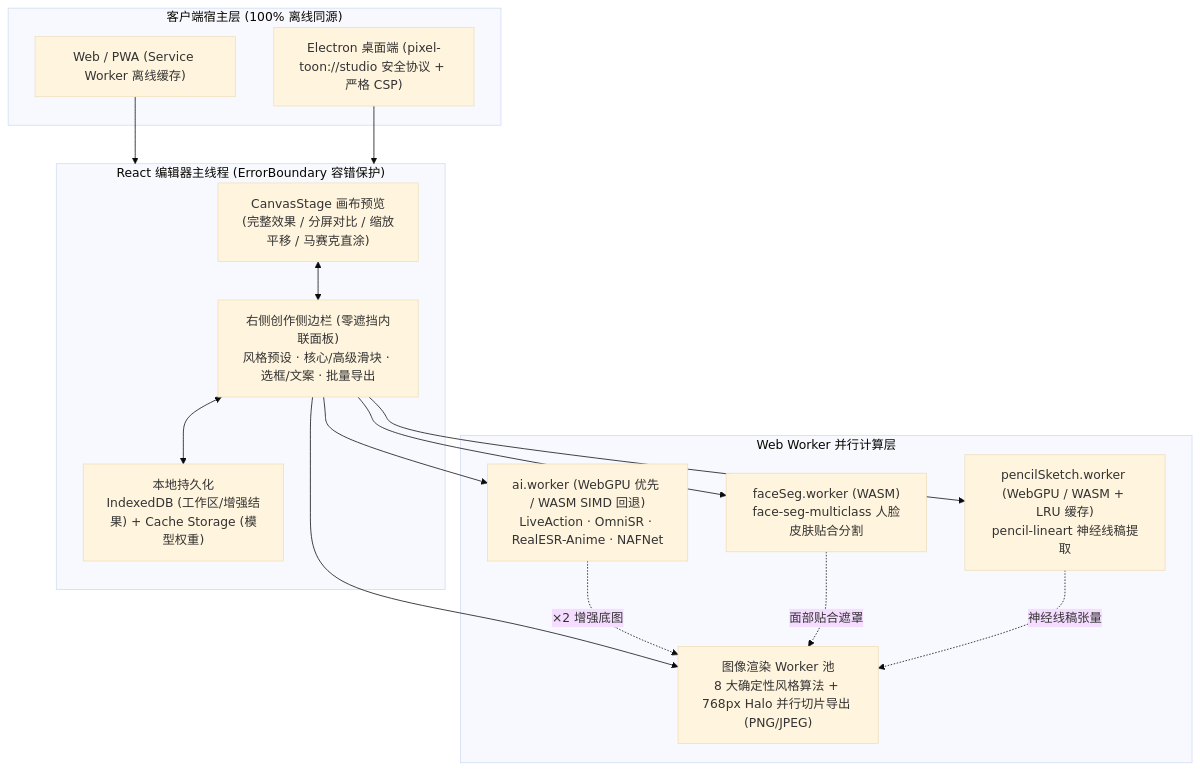
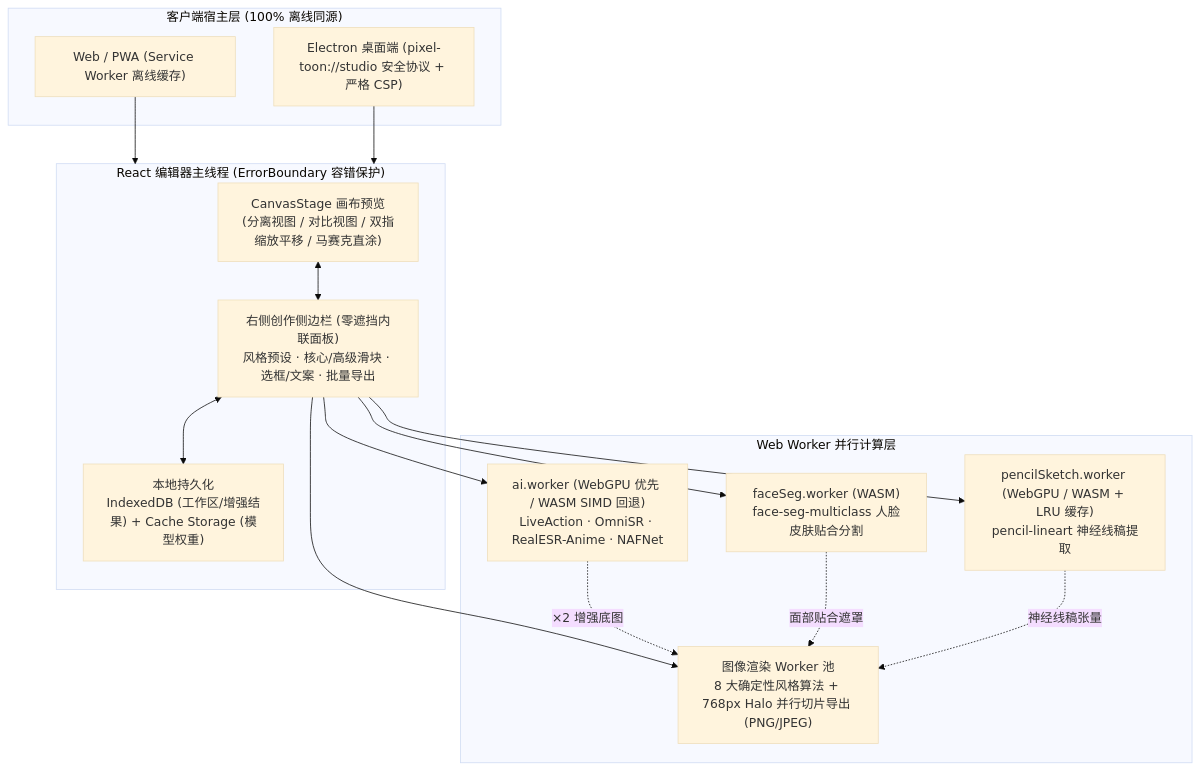
Before and after one commit to feihanwen/pixel-toon-studio: the diagram in README.md, drawn with Mermaid (base theme). The commit also changed other lines of this file and 14 other files, not shown here.

Commit message:
feat: add mobile Save to Photos flow, pinch/pan touch gestures, split/compare view buttons, and update READMEs

````diff
--- a/README.md
+++ b/README.md
@@ -54,32 +54,32 @@
 ```mermaid
 flowchart TB
     subgraph Client["客户端宿主层 (100% 离线同源)"]
         Web["Web / PWA (Service Worker 离线缓存)"]
         Desktop["Electron 桌面端 (pixel-toon://studio 安全协议 + 严格 CSP)"]
     end
 
     subgraph UI["React 编辑器主线程 (ErrorBoundary 容错保护)"]
-        Stage["CanvasStage 画布预览\n(完整效果 / 分屏对比 / 缩放平移 / 马赛克直涂)"]
+        Stage["CanvasStage 画布预览\n(分离视图 / 对比视图 / 双指缩放平移 / 马赛克直涂)"]
         Sidebar["右侧创作侧边栏 (零遮挡内联面板)\n风格预设 · 核心/高级滑块 · 选框/文案 · 批量导出"]
         DB["本地持久化\nIndexedDB (工作区/增强结果) + Cache Storage (模型权重)"]
     end
 
     subgraph Workers["Web Worker 并行计算层"]
         StyleWorker["图像渲染 Worker 池\n8 大确定性风格算法 + 768px Halo 并行切片导出 (PNG/JPEG)"]
         EnhanceWorker["ai.worker (WebGPU 优先 / WASM SIMD 回退)\nLiveAction · OmniSR · RealESR-Anime · NAFNet"]
         FaceWorker["faceSeg.worker (WASM)\nface-seg-multiclass 人脸皮肤贴合分割"]
         PencilWorker["pencilSketch.worker (WebGPU / WASM + LRU 缓存)\npencil-lineart 神经线稿提取"]
     end
 
     Web --> UI
     Desktop --> UI
     Stage <--> Sidebar
     Sidebar <--> DB
     Sidebar --> StyleWorker
     Sidebar --> EnhanceWorker
     Sidebar --> FaceWorker
     Sidebar --> PencilWorker
     EnhanceWorker -.->|"×2 增强底图"| StyleWorker
     FaceWorker -.->|"面部贴合遮罩"| StyleWorker
     PencilWorker -.->|"神经线稿张量"| StyleWorker
 ```
````
